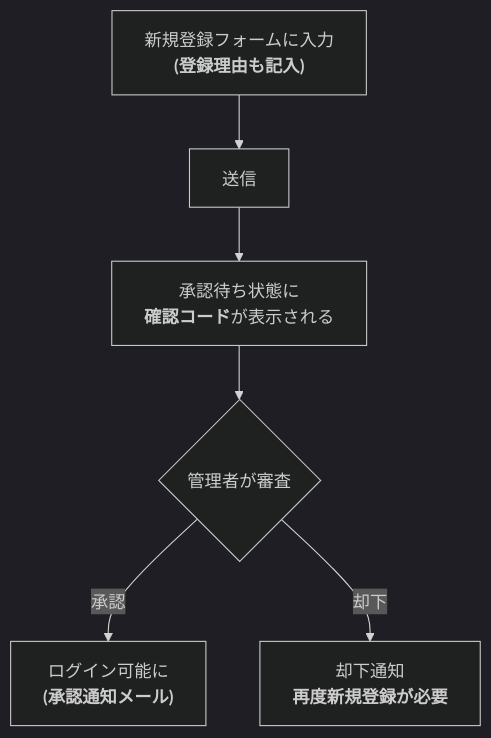
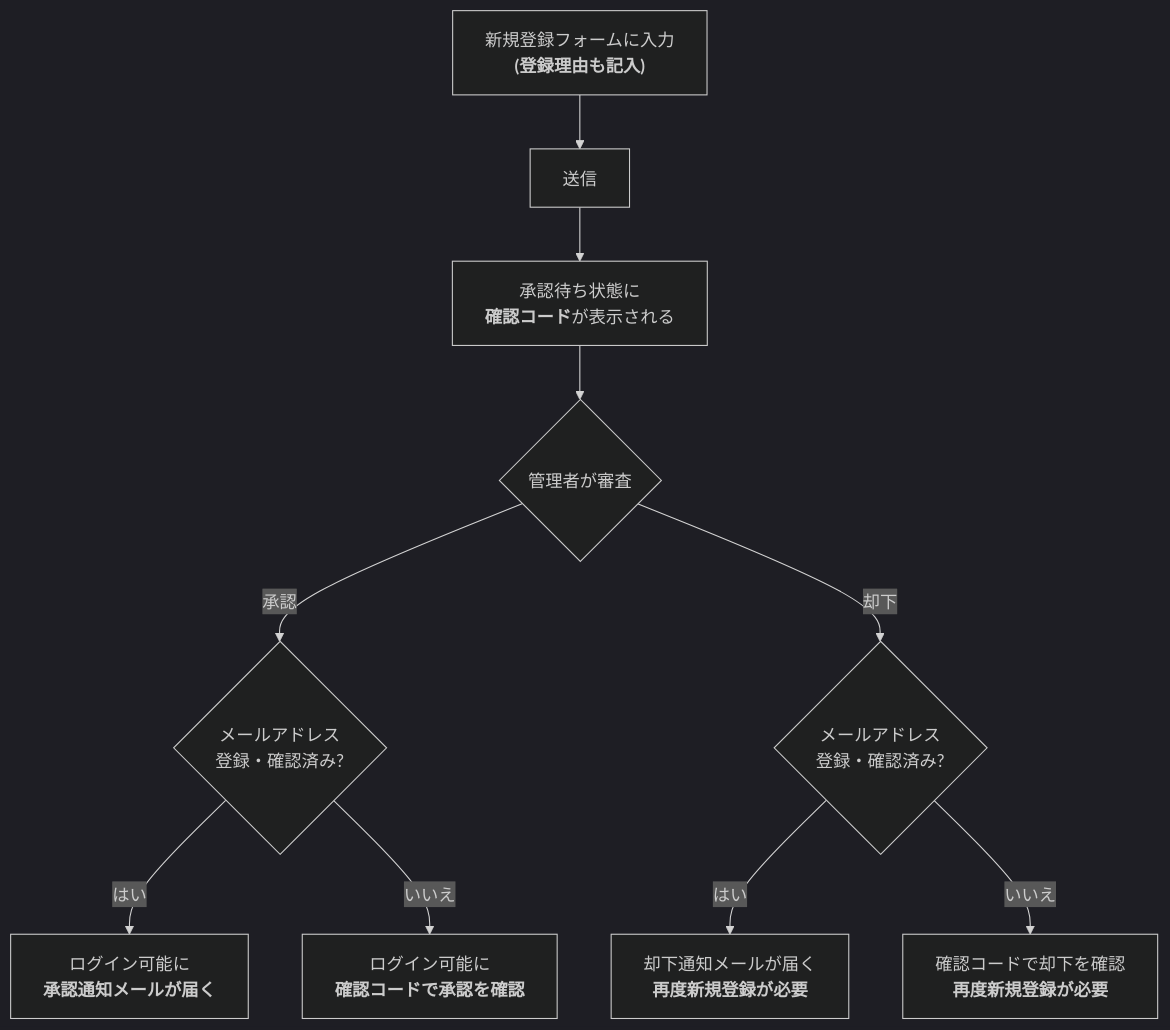
Before and after one commit to Zel9278/docs.mk-juice.dev: the diagram in docs/juice/approval-signup.md, drawn with Mermaid (dark theme). The commit also changed other lines of this file and 4 other files, not shown here.

````diff
--- a/docs/juice/approval-signup.md
+++ b/docs/juice/approval-signup.md
@@ -7,8 +7,12 @@
 ```mermaid
 flowchart TD
     A["`新規登録フォームに入力<br/>**(登録理由も記入)**`"] --> B[送信]
     B --> C["`承認待ち状態に<br/>**確認コード**が表示される`"]
     C --> D{管理者が審査}
-    D -->|承認| E["`ログイン可能に<br/>**(承認通知メール)**`"]
-    D -->|却下| F["`却下通知<br/>**再度新規登録が必要**`"]
+    D -->|承認| E{メールアドレス<br/>登録・確認済み?}
+    E -->|はい| E1["`ログイン可能に<br/>**承認通知メールが届く**`"]
+    E -->|いいえ| E2["`ログイン可能に<br/>**確認コードで承認を確認**`"]
+    D -->|却下| F{メールアドレス<br/>登録・確認済み?}
+    F -->|はい| F1["`却下通知メールが届く<br/>**再度新規登録が必要**`"]
+    F -->|いいえ| F2["`確認コードで却下を確認<br/>**再度新規登録が必要**`"]
 ```
````
